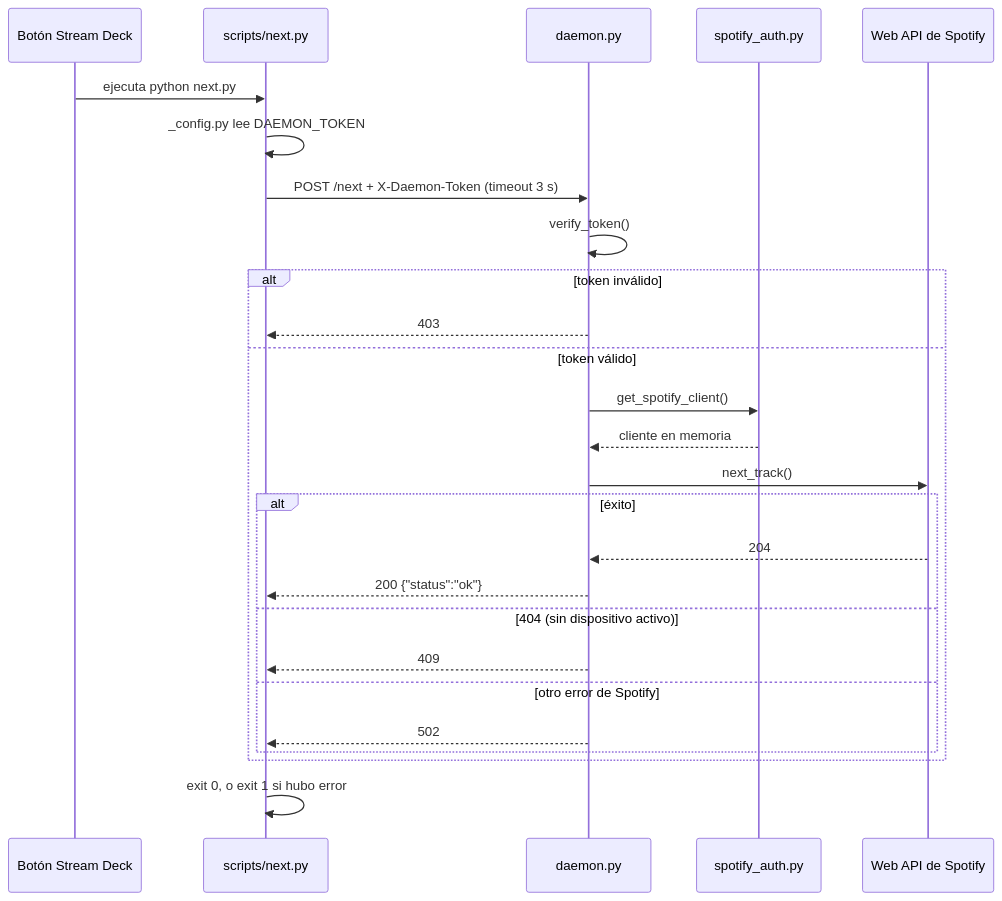
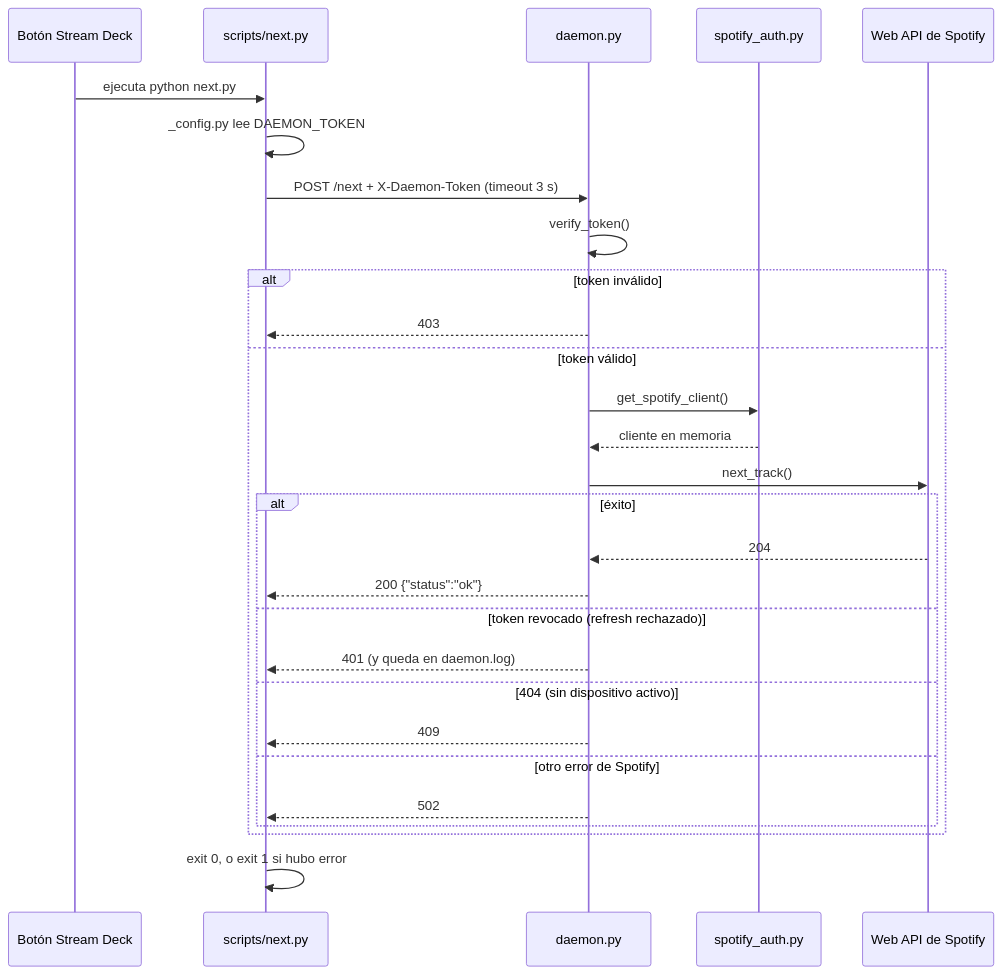
One commit to cybk/SDPotify changed the third of 6 diagrams in ARCHITECTURE.md. Above: the diagram before and after it, drawn with Mermaid. The commit also changed 2 other files, not shown here.

Commit message:
Update docs: redirect URI setup, error codes, Premium note, paths

````diff
--- a/ARCHITECTURE.md
+++ b/ARCHITECTURE.md
@@ -47,29 +47,31 @@
 ```mermaid
 sequenceDiagram
     participant B as Botón Stream Deck
     participant S as scripts/next.py
     participant D as daemon.py
     participant A as spotify_auth.py
     participant Sp as Web API de Spotify
 
     B->>S: ejecuta python next.py
     S->>S: _config.py lee DAEMON_TOKEN
     S->>D: POST /next + X-Daemon-Token (timeout 3 s)
     D->>D: verify_token()
     alt token inválido
         D-->>S: 403
     else token válido
         D->>A: get_spotify_client()
         A-->>D: cliente en memoria
         D->>Sp: next_track()
         alt éxito
             Sp-->>D: 204
             D-->>S: 200 {"status":"ok"}
+        else token revocado (refresh rechazado)
+            D-->>S: 401 (y queda en daemon.log)
         else 404 (sin dispositivo activo)
             D-->>S: 409
         else otro error de Spotify
             D-->>S: 502
         end
     end
     S->>S: exit 0, o exit 1 si hubo error
 ```
````
